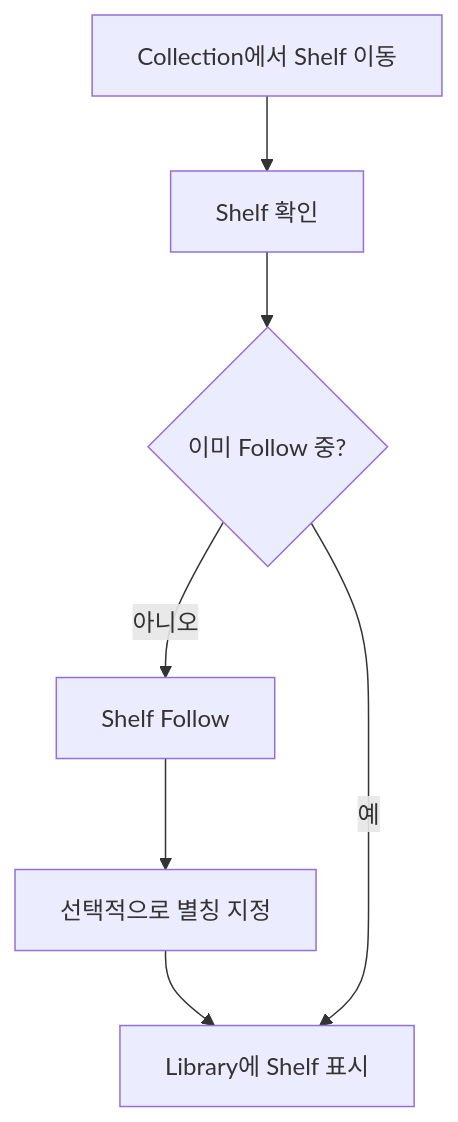
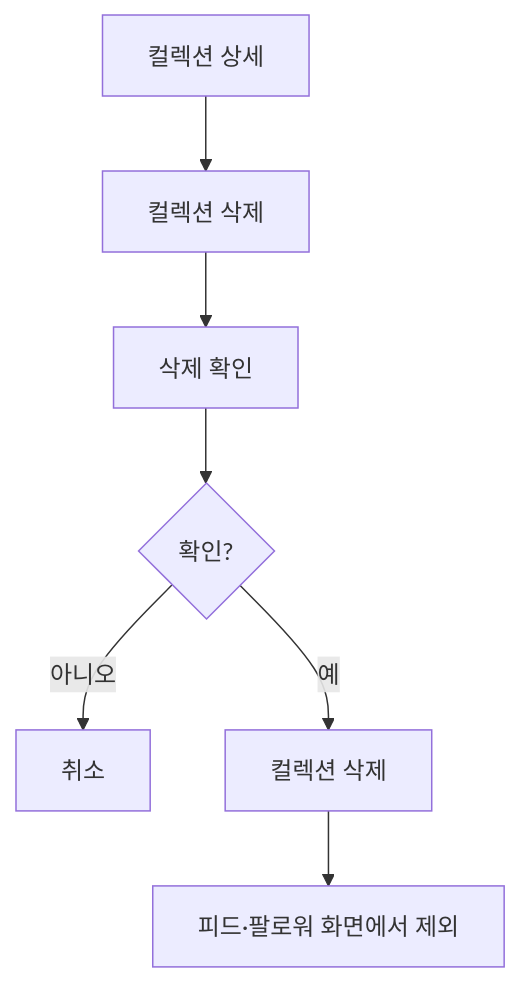
Before and after one commit to Team-PinLog/docs: diagram 11 of 12 in draft/09_유저플로우.md, drawn with Mermaid. The commit also changed other lines of this file and 2 other files, not shown here.

Commit message:
1차 유저플로우 수정

````diff
--- a/draft/09_유저플로우.md
+++ b/draft/09_유저플로우.md
@@ -86,9 +247,9 @@
 ```mermaid
 flowchart TD
-    A[Collection에서 Shelf 이동] --> B[Shelf 확인]
-    B --> C{이미 Follow 중?}
-    C -- 아니오 --> D[Shelf Follow]
-    D --> E[선택적으로 별칭 지정]
-    E --> F[Library에 Shelf 표시]
-    C -- 예 --> F
+    A[컬렉션 상세] --> B[컬렉션 삭제]
+    B --> C[삭제 확인]
+    C --> D{확인?}
+    D -- 아니오 --> E[취소]
+    D -- 예 --> F[컬렉션 삭제]
+    F --> G[피드·팔로워 화면에서 제외]
 ```
````
